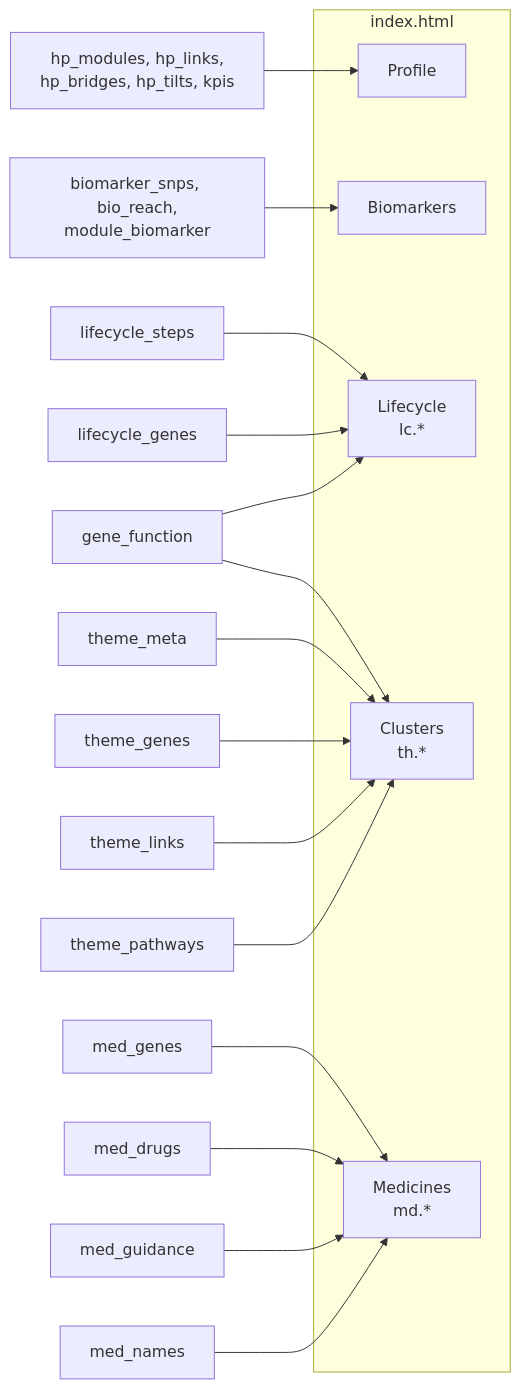
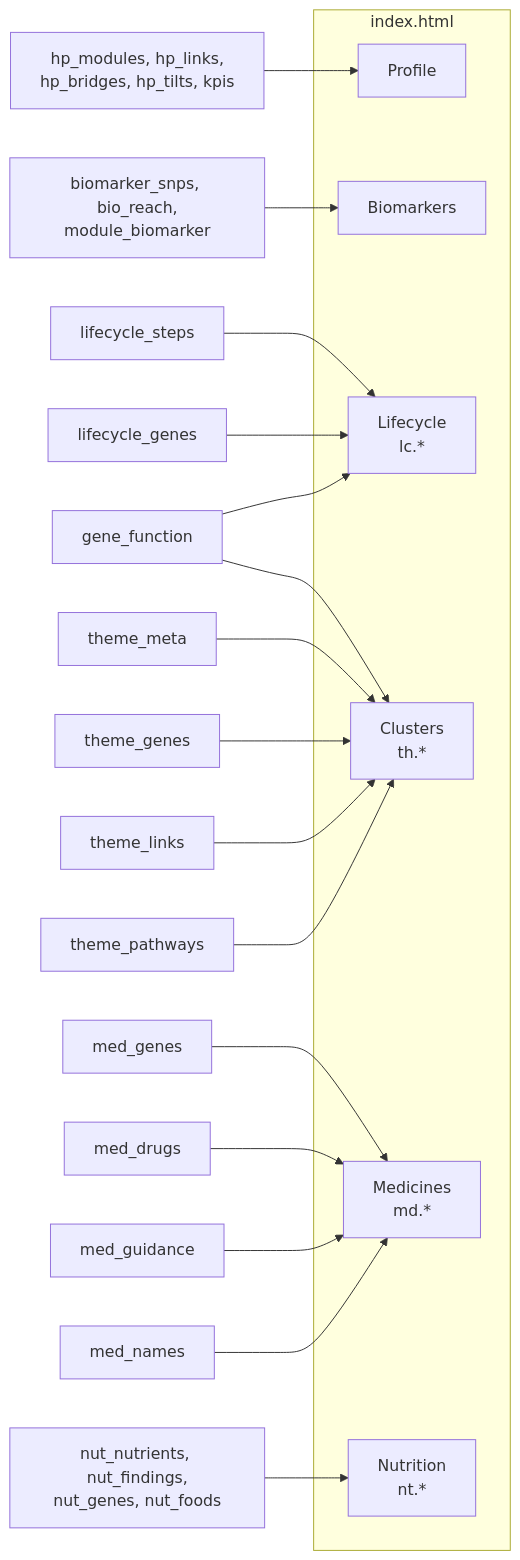
Before and after one commit to Lyceriuss/DNA-Analyzer: the first of 4 diagrams in docs/architecture/explorer.md, drawn with Mermaid. The commit also changed other lines of this file and 17 other files, not shown here.

First line of the commit message:
Nutrition module: genetic blood levels, NNR 2023 intake and Swedish foods per nutrient

````diff
--- a/docs/architecture/explorer.md
+++ b/docs/architecture/explorer.md
@@ -8,24 +8,26 @@
 ```mermaid
 flowchart LR
     subgraph PAGE["index.html"]
         P["Profile"]
         B["Biomarkers"]
         L["Lifecycle<br/>lc.*"]
         C["Clusters<br/>th.*"]
         M["Medicines<br/>md.*"]
+        N["Nutrition<br/>nt.*"]
     end
     HM["hp_modules, hp_links,<br/>hp_bridges, hp_tilts, kpis"] --> P
     BS["biomarker_snps, bio_reach,<br/>module_biomarker"] --> B
     LS["lifecycle_steps"] --> L
     LG["lifecycle_genes"] --> L
     GF["gene_function"] --> L
     GF --> C
     TM["theme_meta"] --> C
     TG["theme_genes"] --> C
     TL["theme_links"] --> C
     TP["theme_pathways"] --> C
     MG["med_genes"] --> M
     MD["med_drugs"] --> M
     MGU["med_guidance"] --> M
     MN["med_names"] --> M
+    NN["nut_nutrients, nut_findings,<br/>nut_genes, nut_foods"] --> N
 ```
````
